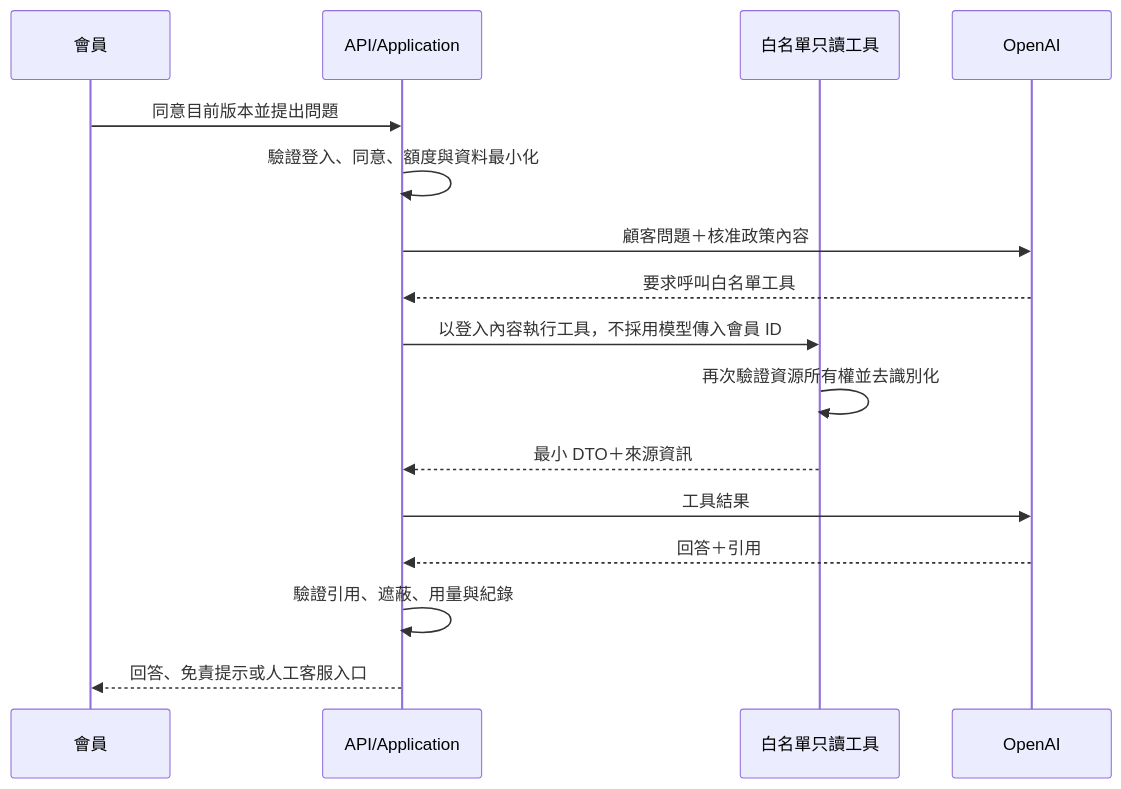
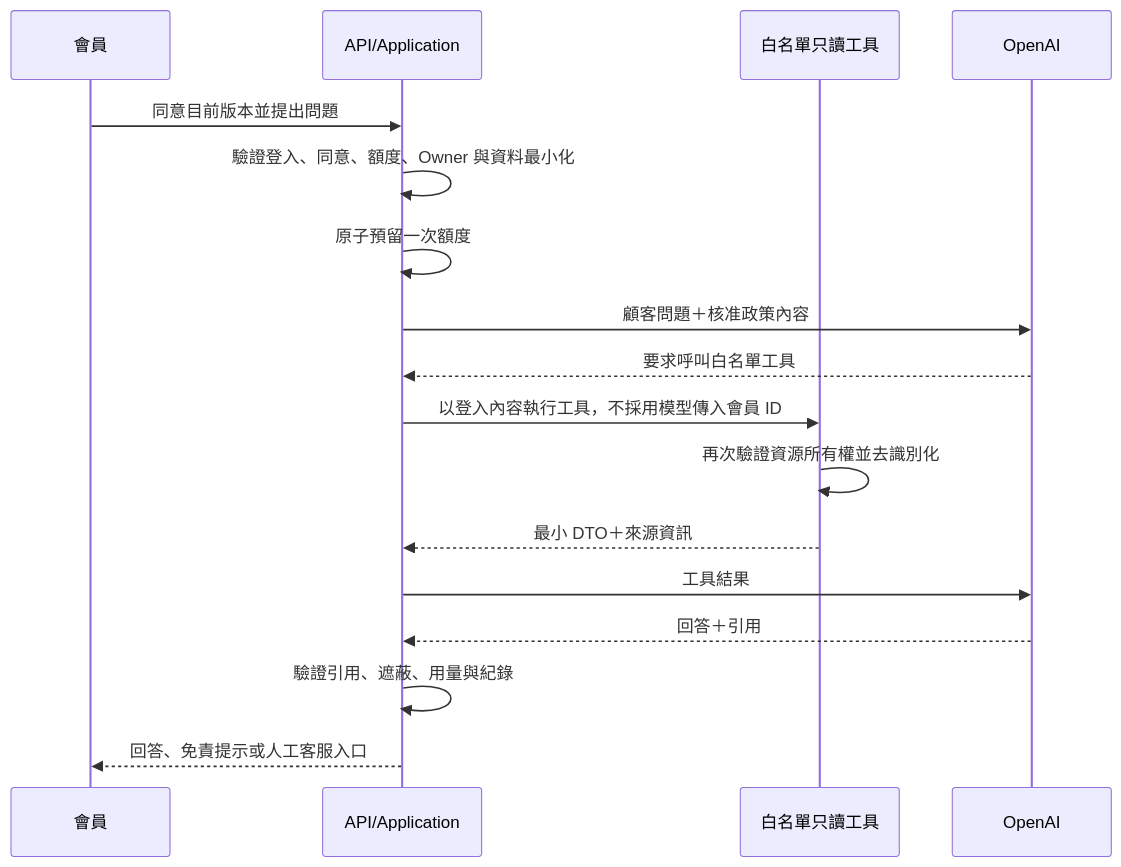
Before and after one commit to FullStackDeveloperSecond/FinalProject: the second of 2 diagrams in FP.sheet/FinalProject/03-架構/06-AI設計/AI應用詳細設計.md, drawn with Mermaid. The commit also changed other lines of this file and 19 other files, not shown here.

````diff
--- a/FP.sheet/FinalProject/03-架構/06-AI設計/AI應用詳細設計.md
+++ b/FP.sheet/FinalProject/03-架構/06-AI設計/AI應用詳細設計.md
@@ -151,18 +151,19 @@
 ```mermaid
 sequenceDiagram
     participant U as 會員
     participant API as API/Application
     participant T as 白名單只讀工具
     participant O as OpenAI
     U->>API: 同意目前版本並提出問題
-    API->>API: 驗證登入、同意、額度與資料最小化
+    API->>API: 驗證登入、同意、額度、Owner 與資料最小化
+    API->>API: 原子預留一次額度
     API->>O: 顧客問題＋核准政策內容
     O-->>API: 要求呼叫白名單工具
     API->>T: 以登入內容執行工具，不採用模型傳入會員 ID
     T->>T: 再次驗證資源所有權並去識別化
     T-->>API: 最小 DTO＋來源資訊
     API->>O: 工具結果
     O-->>API: 回答＋引用
     API->>API: 驗證引用、遮蔽、用量與紀錄
     API-->>U: 回答、免責提示或人工客服入口
 ```
````
